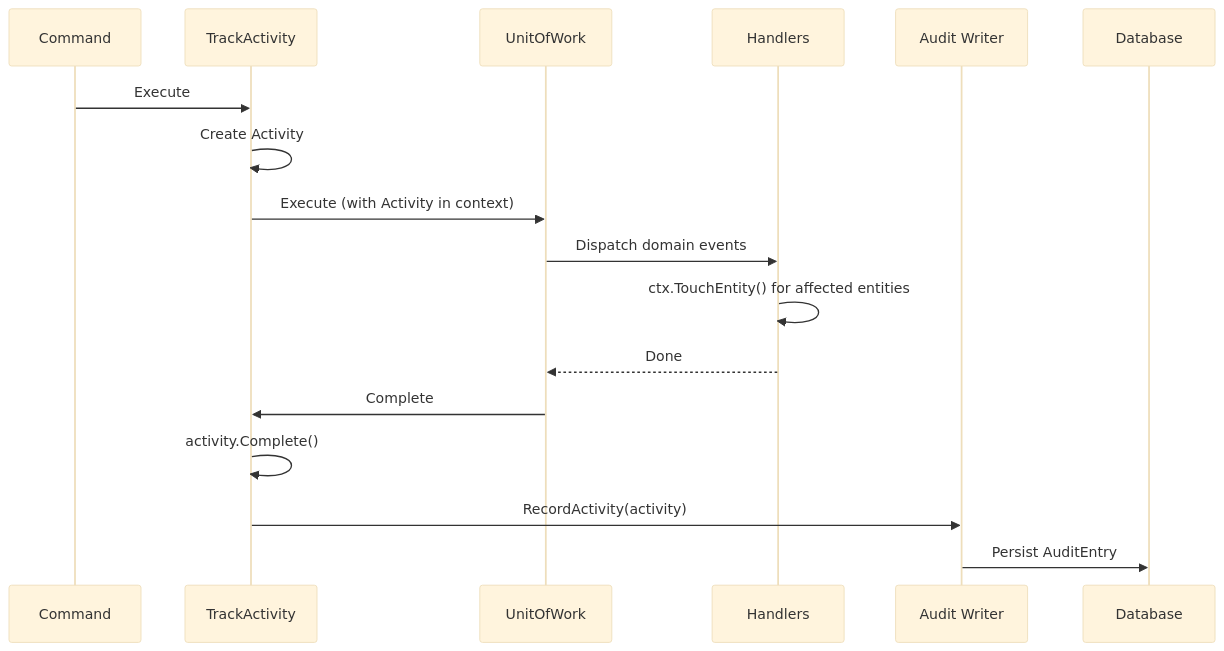
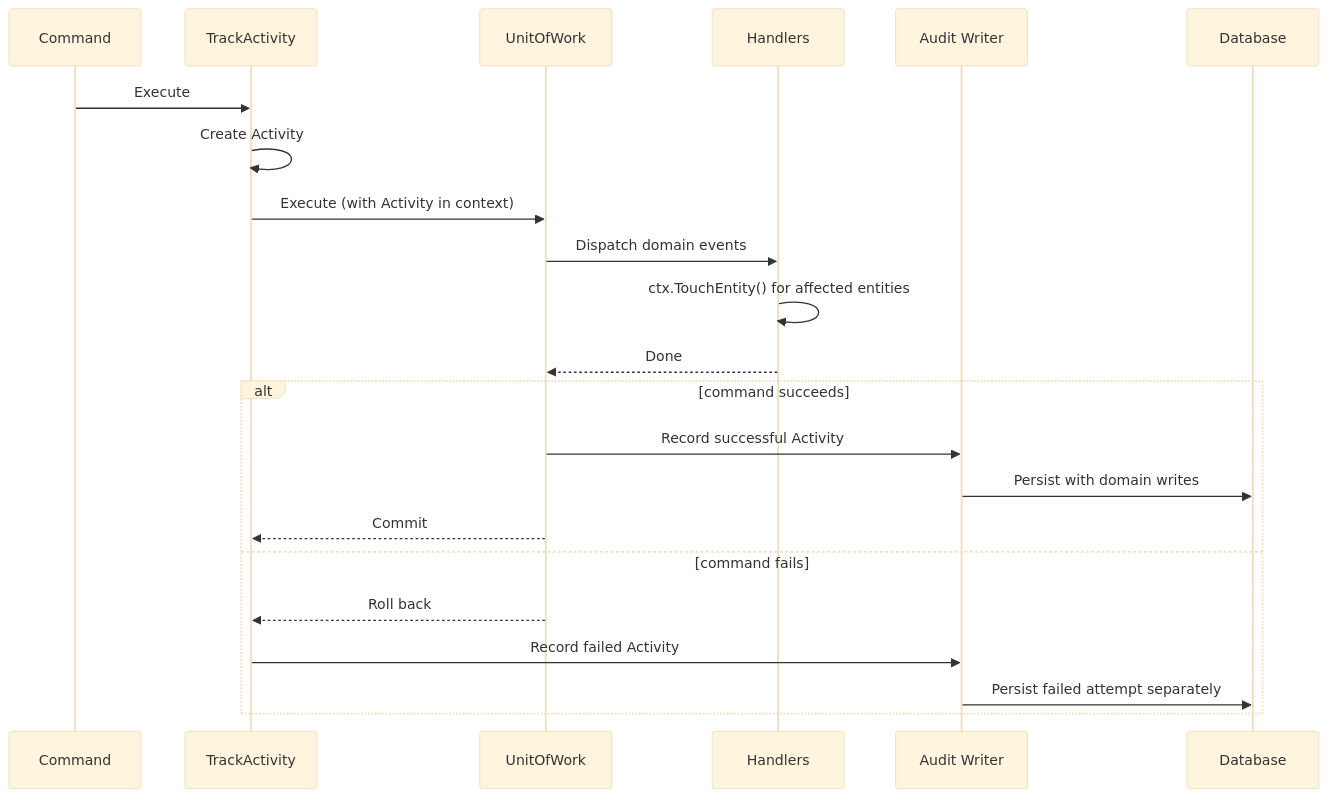
One commit to TheFellow/go-modular-monolith changed the fifth of 5 diagrams in README.md. Above: the diagram before and after it, drawn with Mermaid (base theme). The commit also changed other lines of this file and 29 other files, not shown here.

````diff
--- a/README.md
+++ b/README.md
@@ -365,20 +370,25 @@
 ```mermaid
 sequenceDiagram
     participant C as Command
     participant TA as TrackActivity
     participant UoW as UnitOfWork
     participant H as Handlers
     participant AR as Audit Writer
     participant DB as Database
 
     C->>TA: Execute
     TA->>TA: Create Activity
     TA->>UoW: Execute (with Activity in context)
     UoW->>H: Dispatch domain events
     H->>H: ctx.TouchEntity() for affected entities
     H-->>UoW: Done
-    UoW->>TA: Complete
-    TA->>TA: activity.Complete()
-    TA->>AR: RecordActivity(activity)
-    AR->>DB: Persist AuditEntry
+    alt command succeeds
+        UoW->>AR: Record successful Activity
+        AR->>DB: Persist with domain writes
+        UoW-->>TA: Commit
+    else command fails
+        UoW-->>TA: Roll back
+        TA->>AR: Record failed Activity
+        AR->>DB: Persist failed attempt separately
+    end
 ```
````
